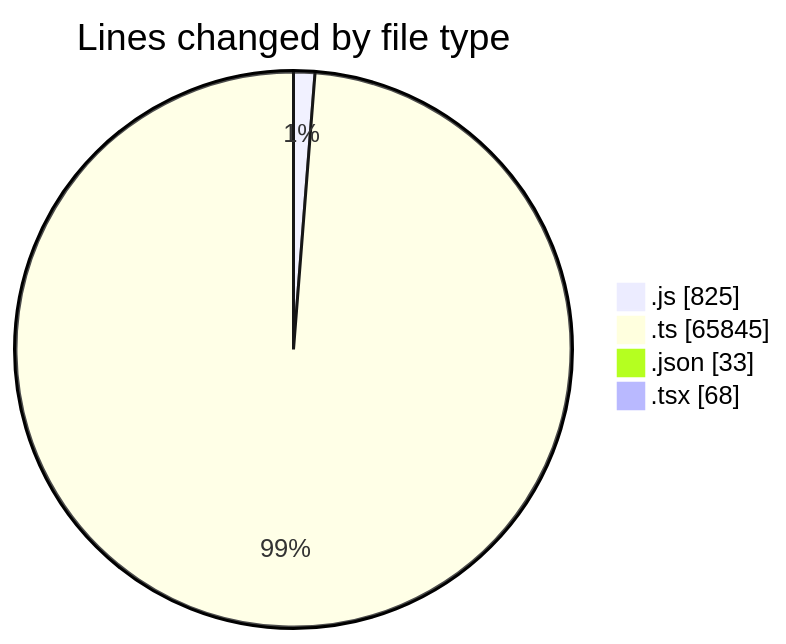
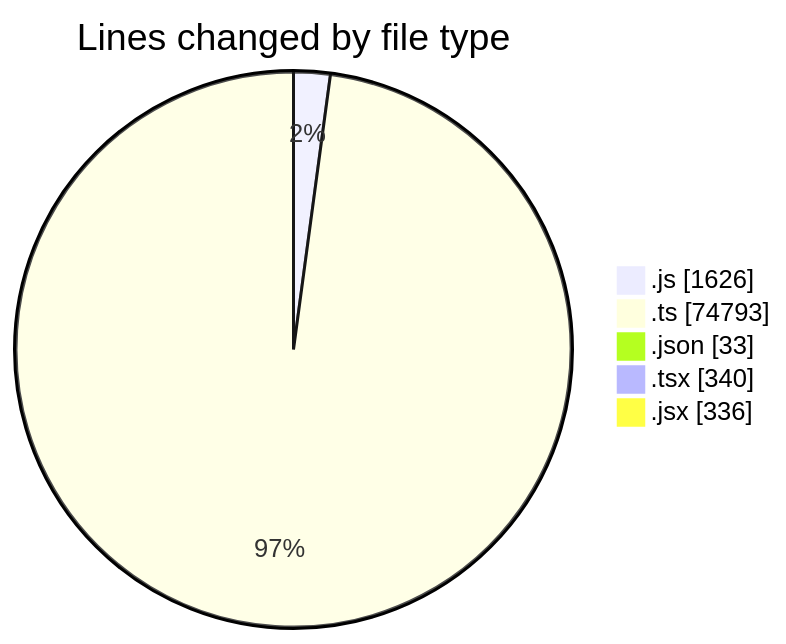
One commit to momahboobian/code-tracking changed the first of 2 diagrams in 2026-07-27/cda/README.md. Above: the diagram before and after it, drawn with Mermaid. The commit also changed other lines of this file and 1 other file, not shown here.

````diff
--- a/2026-07-27/cda/README.md
+++ b/2026-07-27/cda/README.md
@@ -35,8 +43,9 @@
 ```mermaid
 pie showData
 title Lines changed by file type
-".js" : 825
-".ts" : 65845
+".js" : 1626
+".ts" : 74793
 ".json" : 33
-".tsx" : 68
+".tsx" : 340
+".jsx" : 336
 ```
````
